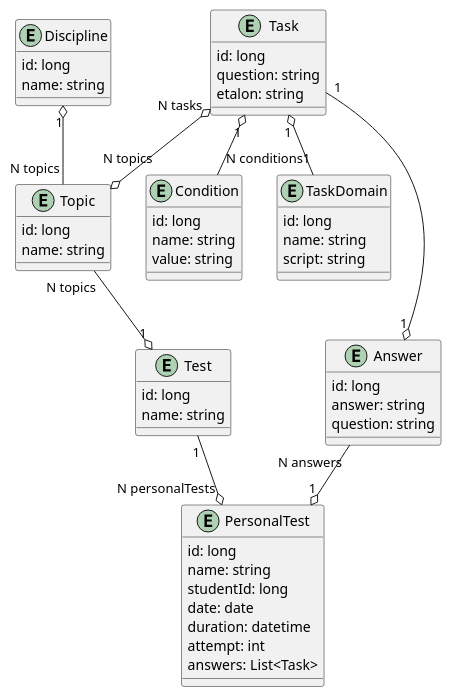
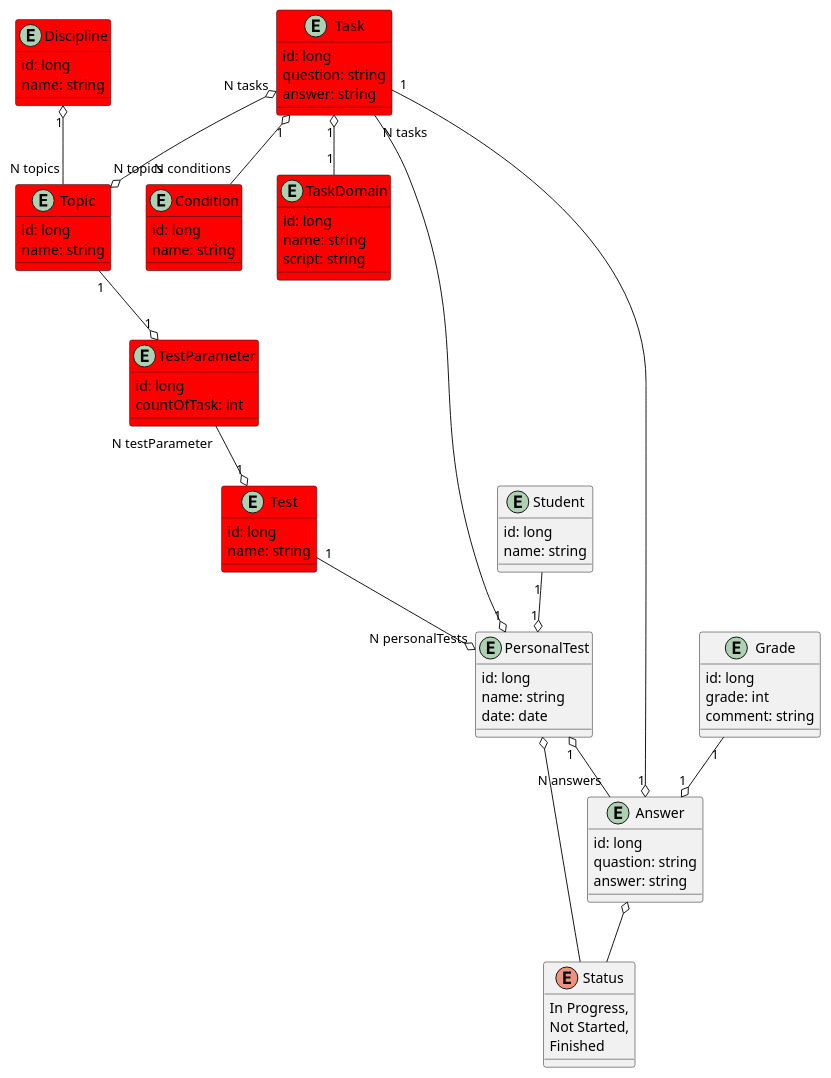
Before and after one commit to vereshaka/sytoss-trainee-platform5: the diagram in documentation/diagrams/BomDiagram.puml, drawn with PlantUML.

Commit message:
[STP-50] new BOM diagram

```diff
--- a/documentation/diagrams/BomDiagram.puml
+++ b/documentation/diagrams/BomDiagram.puml
@@ -1,63 +1,87 @@
 @startuml
 
-entity Discipline {
+entity Discipline #red{
 id: long
 name: string
 }
 
-entity Topic {
+entity Topic #red{
 id: long
 name: string
 }
 
-entity Task {
+entity Task  #red{
 id: long
 question: string
-etalon: string
+answer: string
 }
 
-entity Condition {
+entity Condition  #red{
 id: long
 name: string
-value: string
 }
 
-entity TaskDomain {
+entity TaskDomain  #red{
 id: long
 name: string
 script: string
 }
 
-entity Test {
+entity Test  #red{
 id: long
 name: string
 }
 
 entity PersonalTest {
 id: long
 name: string
-studentId: long
 date: date
-duration: datetime
-attempt: int
-answers: List<Task>
-}
-entity Answer{
-id: long
-answer: string
-question: string
 }
 
+entity Answer {
+id: long
+quastion: string
+answer: string
+}
+
+enum Status{
+In Progress,
+Not Started,
+Finished
+}
+
+entity Grade{
+id: long
+grade: int
+comment: string
+}
+
+entity Student{
+id: long
+name: string
+}
+
+entity TestParameter #red{
+id: long
+countOfTask: int
+}
+
+TestParameter "N testParameter" --o "1" Test
+Topic "1" --o "1" TestParameter
+Answer o-- Status
+PersonalTest o-- Status
+PersonalTest "1" o-- "N answers" Answer
+Task "1" --o "1" Answer
+Grade "1" --o "1" Answer
+Student "1" --o "1" PersonalTest
 Task "1" o-- "N conditions" Condition
 Task "N tasks" o--o "N topics" Topic
 Task "1" o-- "1" TaskDomain
-Task "1" --o "1" Answer
+Task "N tasks" --o "1" PersonalTest
 
-Answer "N answers" --o "1" PersonalTest
-Topic "N topics" --o "1" Test
 
 Test "1" --o "N personalTests" PersonalTest
 
 Discipline "1" o-- "N topics" Topic
 
 @enduml
```
